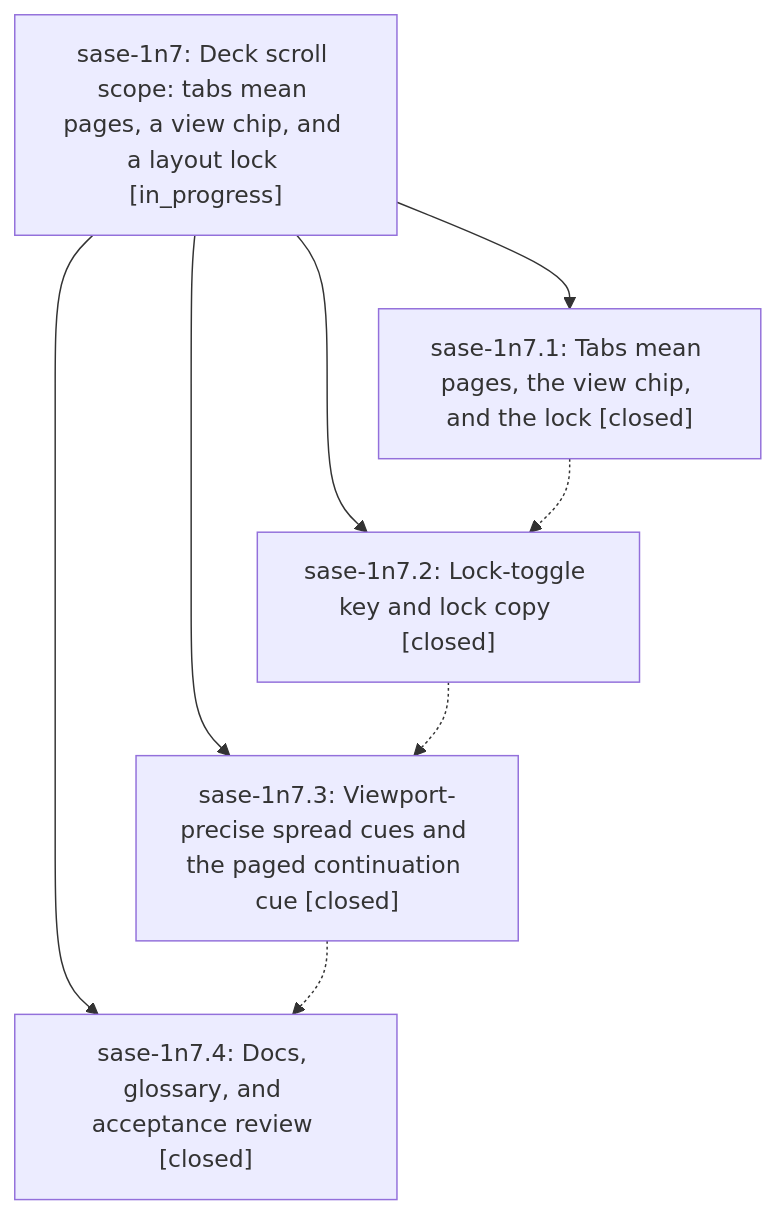
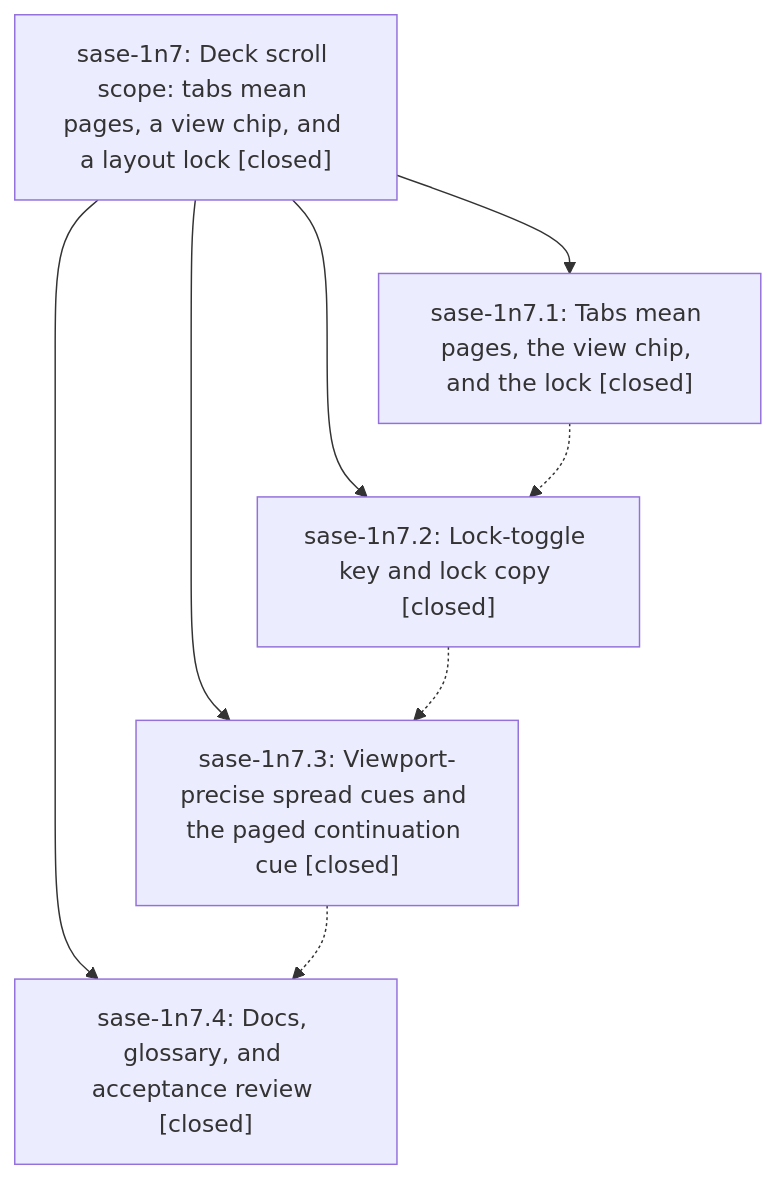
Before and after one commit to sase-org/sase--beads: the diagram in pages/sase-1n7/README.md, drawn with Mermaid. The commit also changed other lines of this file, not shown here.

First line of the commit message:
chore(beads): sync bead state and pages for sase-1n7

````diff
--- a/pages/sase-1n7/README.md
+++ b/pages/sase-1n7/README.md
@@ -37,15 +49,15 @@
 ```mermaid
 flowchart TD
-    n0["sase-1n7: Deck scroll scope: tabs mean pages, a view chip, and a layout lock [in_progress]"]
+    n0["sase-1n7: Deck scroll scope: tabs mean pages, a view chip, and a layout lock [closed]"]
     n1["sase-1n7.1: Tabs mean pages, the view chip, and the lock [closed]"]
     n2["sase-1n7.2: Lock-toggle key and lock copy [closed]"]
     n3["sase-1n7.3: Viewport-precise spread cues and the paged continuation cue [closed]"]
     n4["sase-1n7.4: Docs, glossary, and acceptance review [closed]"]
     n0 --> n1
     n0 --> n2
     n0 --> n3
     n0 --> n4
     n1 -.-> n2
     n2 -.-> n3
     n3 -.-> n4
 ```
````
